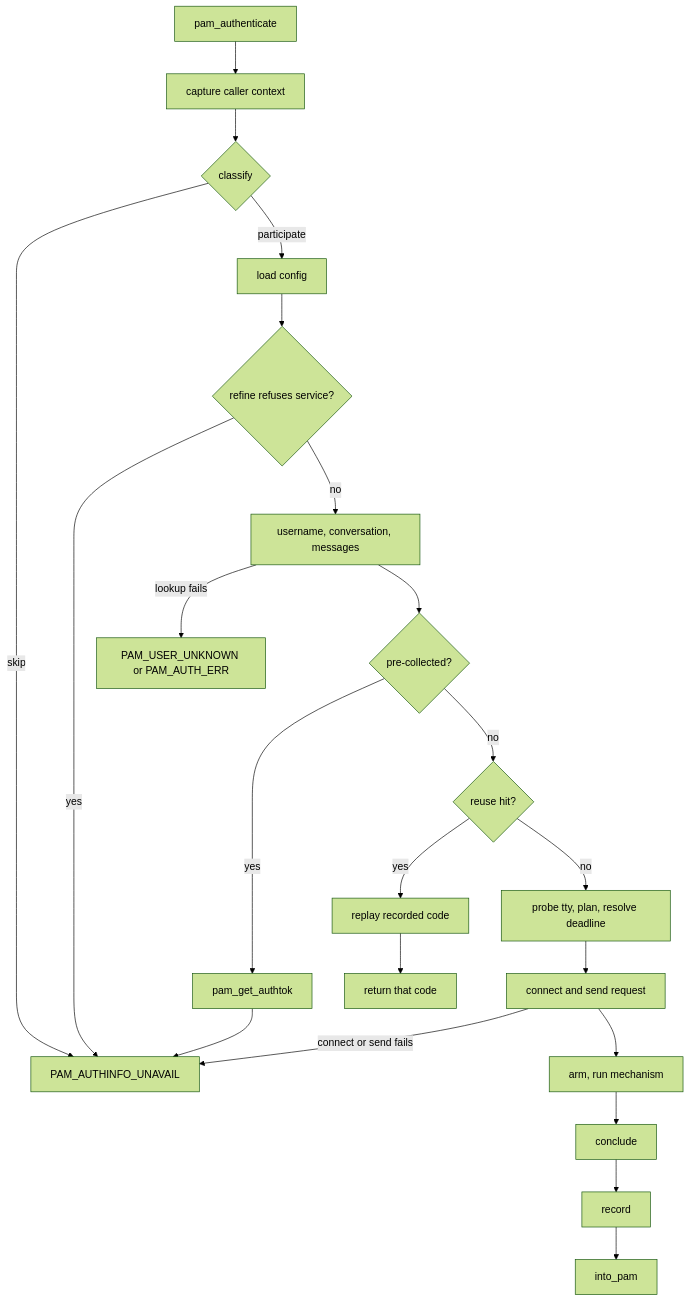
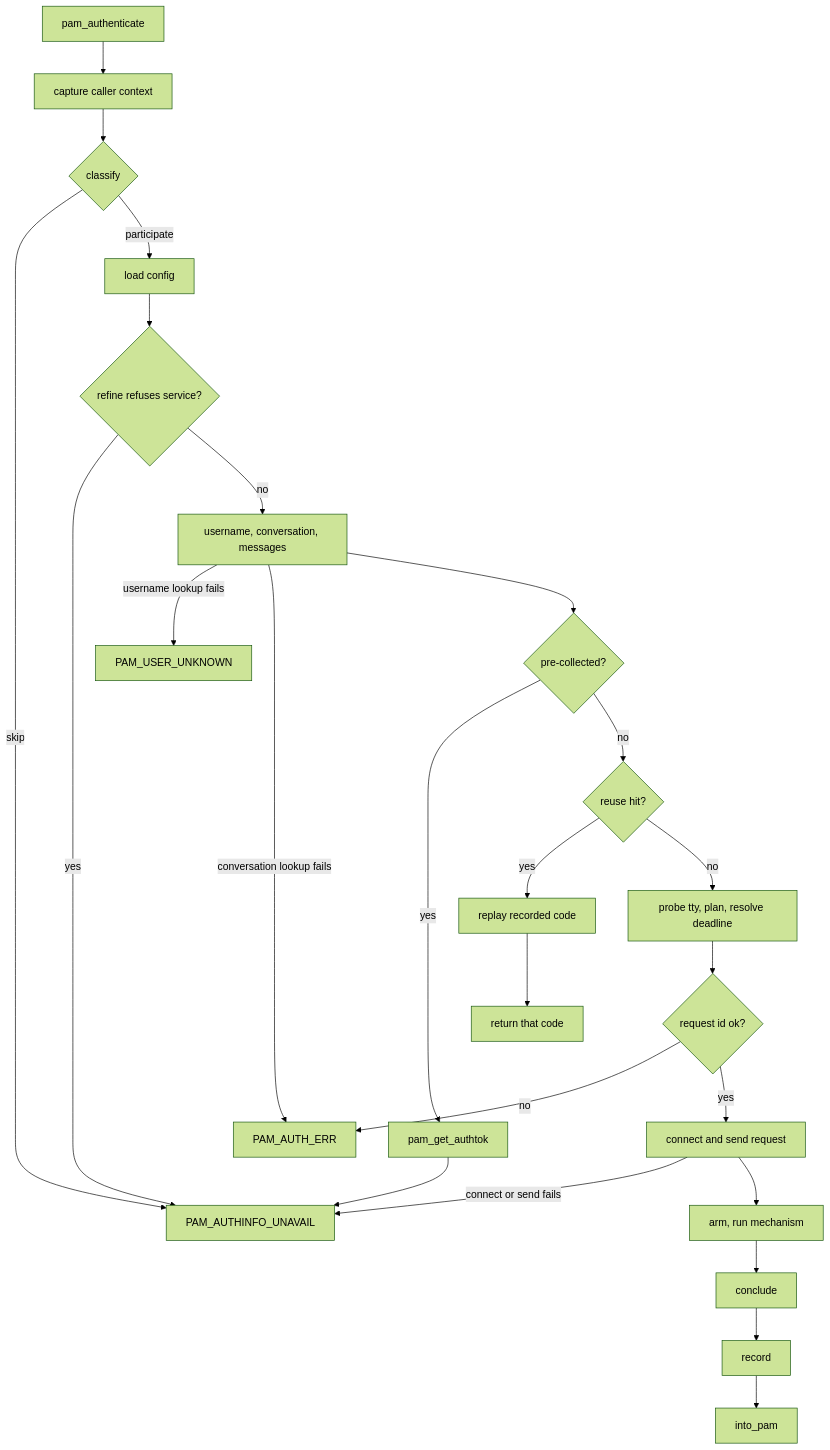
One commit to Lolle2000la/tapauth changed the third of 8 diagrams in docs/design-documents/pam-conversation-policy.md. Above: the diagram before and after it, drawn with Mermaid (forest theme). The commit also changed other lines of this file, not shown here.

````diff
--- a/docs/design-documents/pam-conversation-policy.md
+++ b/docs/design-documents/pam-conversation-policy.md
@@ -134,24 +134,27 @@
 ```mermaid
 flowchart TD
     A[pam_authenticate] --> B[capture caller context]
     B --> C{classify}
     C -- skip --> K[PAM_AUTHINFO_UNAVAIL]
     C -- participate --> D[load config]
     D --> E{refine refuses service?}
     E -- yes --> K
     E -- no --> F[username, conversation, messages]
-    F -- lookup fails --> Z[PAM_USER_UNKNOWN or PAM_AUTH_ERR]
+    F -- username lookup fails --> Z[PAM_USER_UNKNOWN]
+    F -- conversation lookup fails --> Y[PAM_AUTH_ERR]
     F --> G{pre-collected?}
     G -- yes --> H[pam_get_authtok]
     H --> K
     G -- no --> I{reuse hit?}
     I -- yes --> J[replay recorded code]
     J --> R[return that code]
     I -- no --> L[probe tty, plan, resolve deadline]
-    L --> M[connect and send request]
+    L --> N2{request id ok?}
+    N2 -- no --> Y
+    N2 -- yes --> M[connect and send request]
     M -- connect or send fails --> K
     M --> N[arm, run mechanism]
     N --> O[conclude]
     O --> P[record]
     P --> Q[into_pam]
 ```
````
